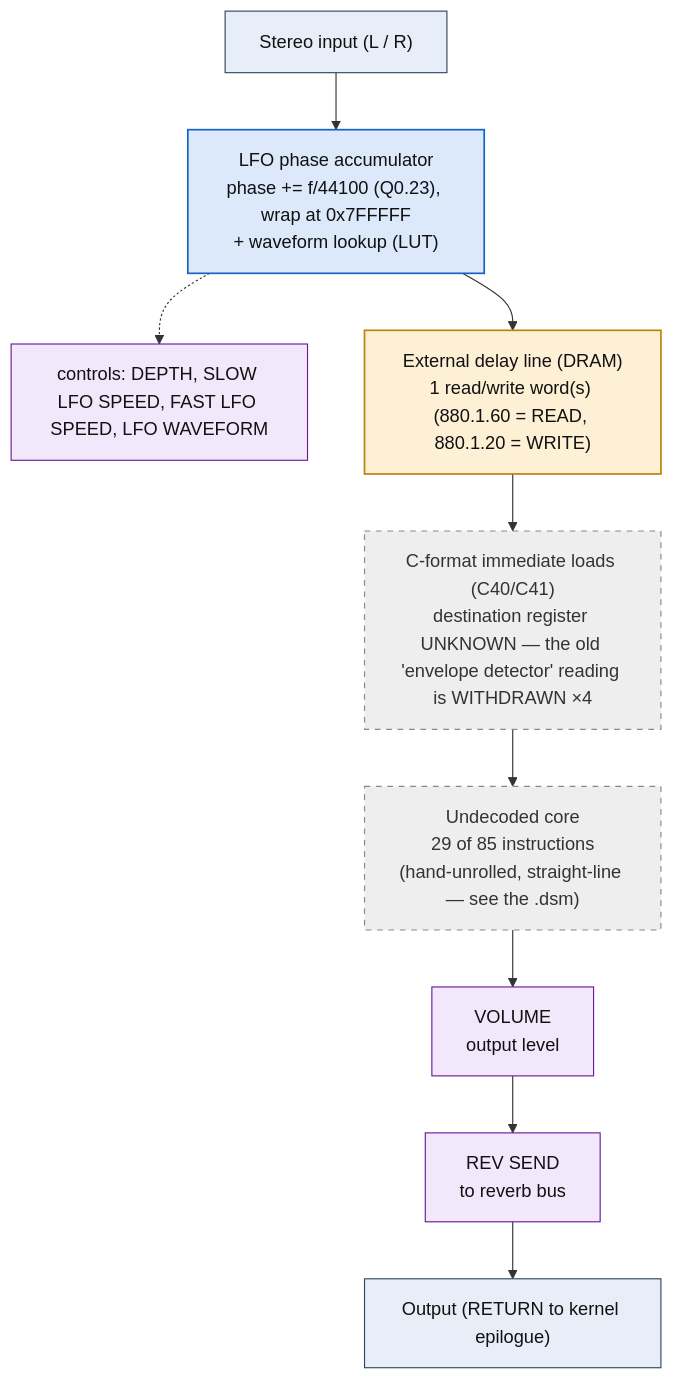
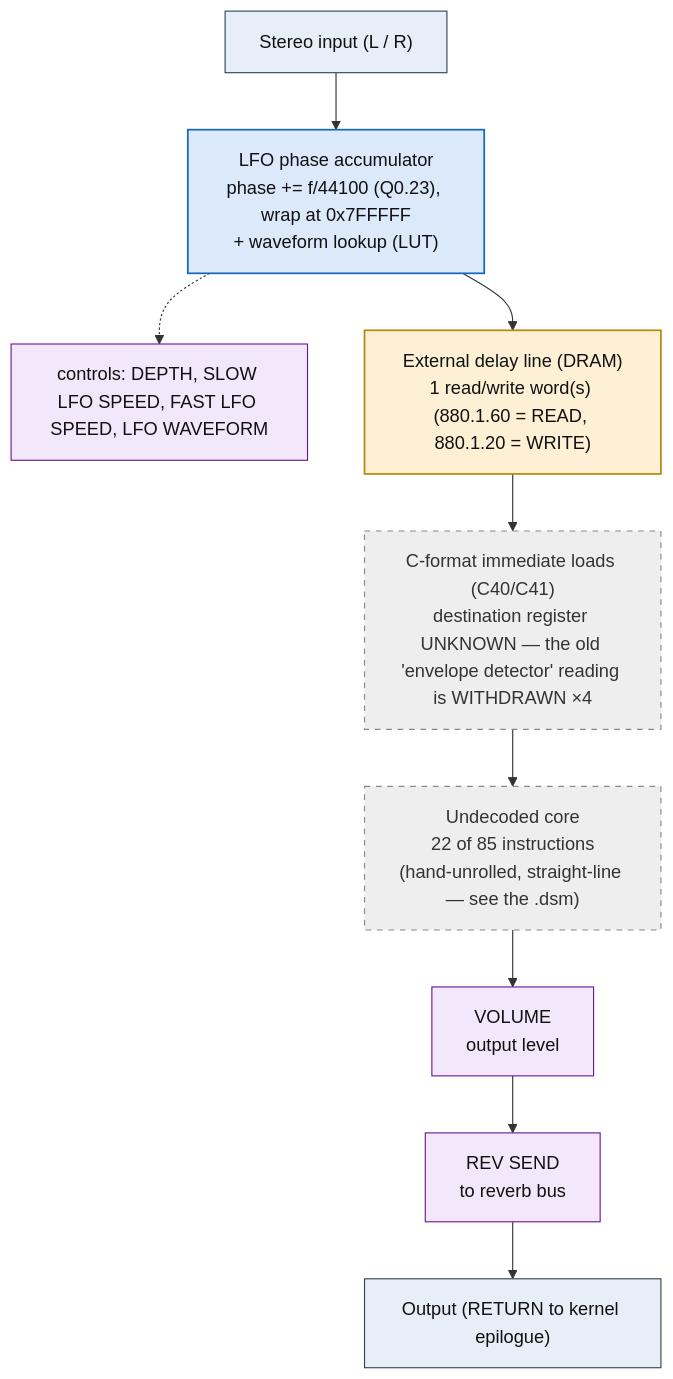
Before and after one commit to ArqueologiaDigital/kn5000-roms-disasm: the diagram in dsp/flowcharts/prog02_modulated_chorus.md, drawn with Mermaid. The commit also changed other lines of this file and 78 other files, not shown here.

````diff
--- a/dsp/flowcharts/prog02_modulated_chorus.md
+++ b/dsp/flowcharts/prog02_modulated_chorus.md
@@ -12,32 +12,32 @@
 ```mermaid
 flowchart TD
     N0["Stereo input (L / R)"]
     N1["LFO phase accumulator<br/>phase += f/44100 (Q0.23), wrap at 0x7FFFFF<br/>+ waveform lookup (LUT)"]
     N0 --> N1
     N2["controls: DEPTH, SLOW LFO SPEED, FAST LFO SPEED, LFO WAVEFORM"]
     N1 -.-> N2
     N3["External delay line (DRAM)<br/>1 read/write word(s) (880.1.60 = READ, 880.1.20 = WRITE)"]
     N1 --> N3
     N4["C-format immediate loads (C40/C41)<br/>destination register UNKNOWN &mdash; the old 'envelope detector' reading is WITHDRAWN &times;4"]
     N3 --> N4
-    N5["Undecoded core<br/>29 of 85 instructions<br/>(hand-unrolled, straight-line &mdash; see the .dsm)"]
+    N5["Undecoded core<br/>22 of 85 instructions<br/>(hand-unrolled, straight-line &mdash; see the .dsm)"]
     N4 --> N5
     N6["VOLUME<br/>output level"]
     N5 --> N6
     N7["REV SEND<br/>to reverb bus"]
     N6 --> N7
     N8["Output (RETURN to kernel epilogue)"]
     N7 --> N8
 
     classDef io fill:#e8eef7,stroke:#33475b,stroke-width:1px,color:#111;
     classDef proven fill:#d7f0d7,stroke:#2e7d32,stroke-width:2px,color:#111;
     classDef measured fill:#dbe9fb,stroke:#1565c0,stroke-width:1.5px,color:#111;
     classDef inferred fill:#fdf0d5,stroke:#b8860b,stroke-width:1.5px,color:#111;
     classDef open fill:#eeeeee,stroke:#888,stroke-width:1px,color:#333,stroke-dasharray:5 5;
     classDef ctrl fill:#f3e8fb,stroke:#6a1b9a,stroke-width:1px,color:#111;
     class N0,N8 io;
     class N1 measured;
     class N2,N6,N7 ctrl;
     class N3 inferred;
     class N4,N5 open;
 ```
````
